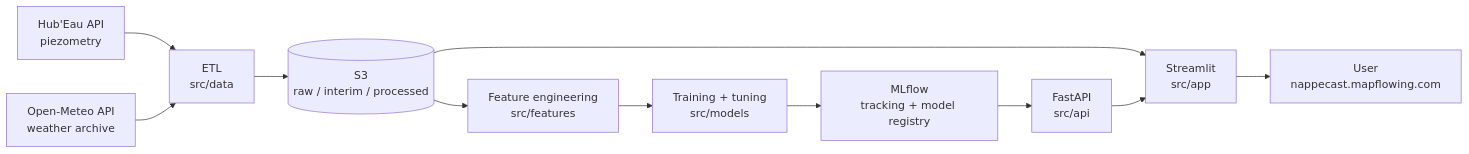
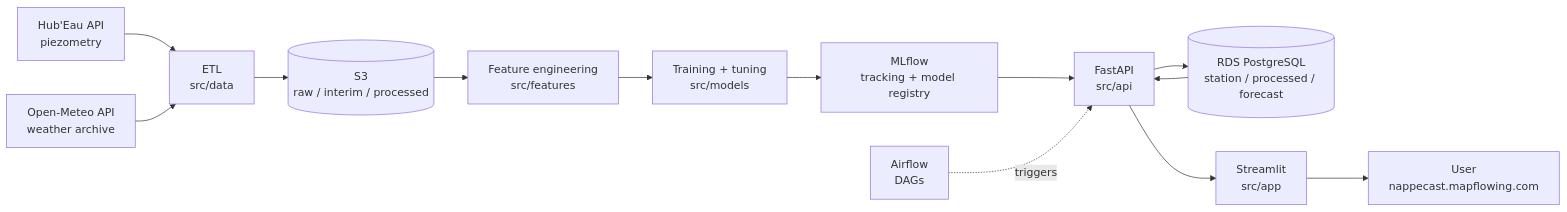
One commit to lauradmch/NappeCast-forecasting changed the first of 6 diagrams in README.md. Above: the diagram before and after it, drawn with Mermaid. The commit also changed other lines of this file, not shown here.

````diff
--- a/README.md
+++ b/README.md
@@ -65,13 +80,15 @@
 ```mermaid
 flowchart LR
     A["Hub'Eau API<br/>piezometry"] --> C["ETL<br/>src/data"]
     B["Open-Meteo API<br/>weather archive"] --> C
     C --> D[("S3<br/>raw / interim / processed")]
     D --> E["Feature engineering<br/>src/features"]
     E --> F["Training + tuning<br/>src/models"]
     F --> G["MLflow<br/>tracking + model registry"]
     G --> H["FastAPI<br/>src/api"]
-    D --> I["Streamlit<br/>src/app"]
-    H --> I
+    H --> R[("RDS PostgreSQL<br/>station / processed / forecast")]
+    R --> H
+    H --> I["Streamlit<br/>src/app"]
     I --> J["User<br/>nappecast.mapflowing.com"]
+    K["Airflow<br/>DAGs"] -. triggers .-> H
 ```
````
